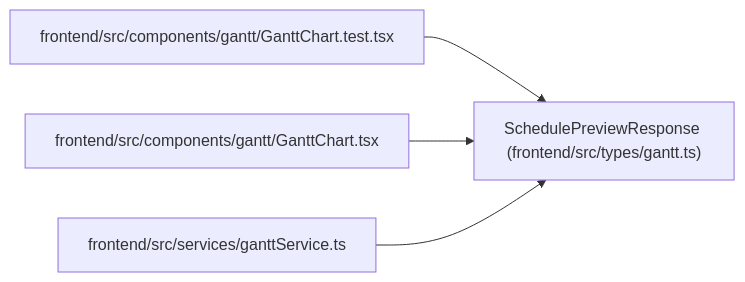
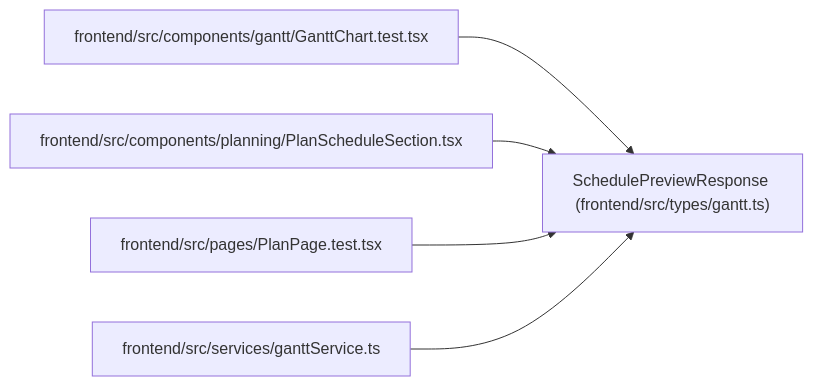
Before and after one commit to Denissvgn/WorkChord: the diagram in docs/llm_wiki/entities/types_gantt_SchedulePreviewResponse.md, drawn with Mermaid. The commit also changed other lines of this file and 2373 other files, not shown here.

````diff
--- a/docs/llm_wiki/entities/types_gantt_SchedulePreviewResponse.md
+++ b/docs/llm_wiki/entities/types_gantt_SchedulePreviewResponse.md
@@ -29,14 +29,17 @@
 ```mermaid
 flowchart LR
     n0["SchedulePreviewResponse (frontend/src/types/gantt.ts)"]
     n1["frontend/src/components/gantt/GanttChart.test.tsx"]
-    n2["frontend/src/components/gantt/GanttChart.tsx"]
-    n3["frontend/src/services/ganttService.ts"]
+    n2["frontend/src/components/planning/PlanScheduleSection.tsx"]
+    n3["frontend/src/pages/PlanPage.test.tsx"]
+    n4["frontend/src/services/ganttService.ts"]
     n1 --> n0
     n2 --> n0
     n3 --> n0
+    n4 --> n0
     click n0 "../modules/types_gantt.md"
     click n1 "../modules/GanttChart.test.md"
-    click n2 "../modules/GanttChart.md"
-    click n3 "../modules/ganttService.md"
+    click n2 "../modules/PlanScheduleSection.md"
+    click n3 "../modules/PlanPage.test.md"
+    click n4 "../modules/ganttService.md"
 ```
````
